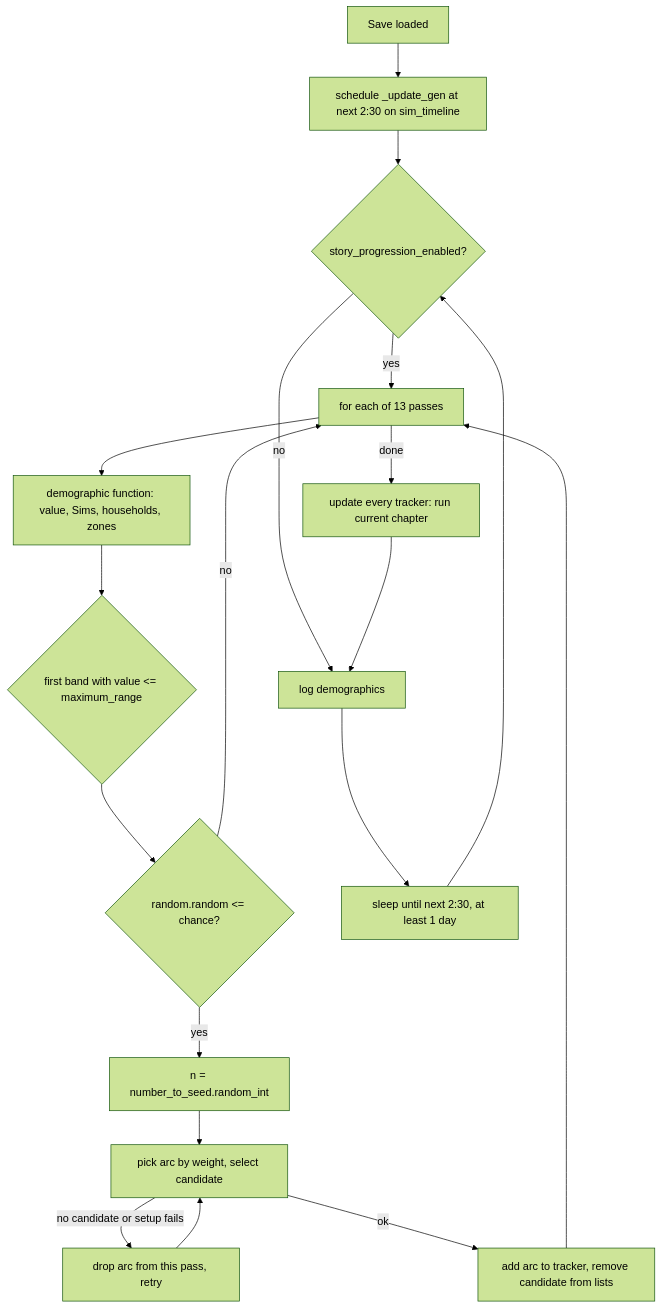
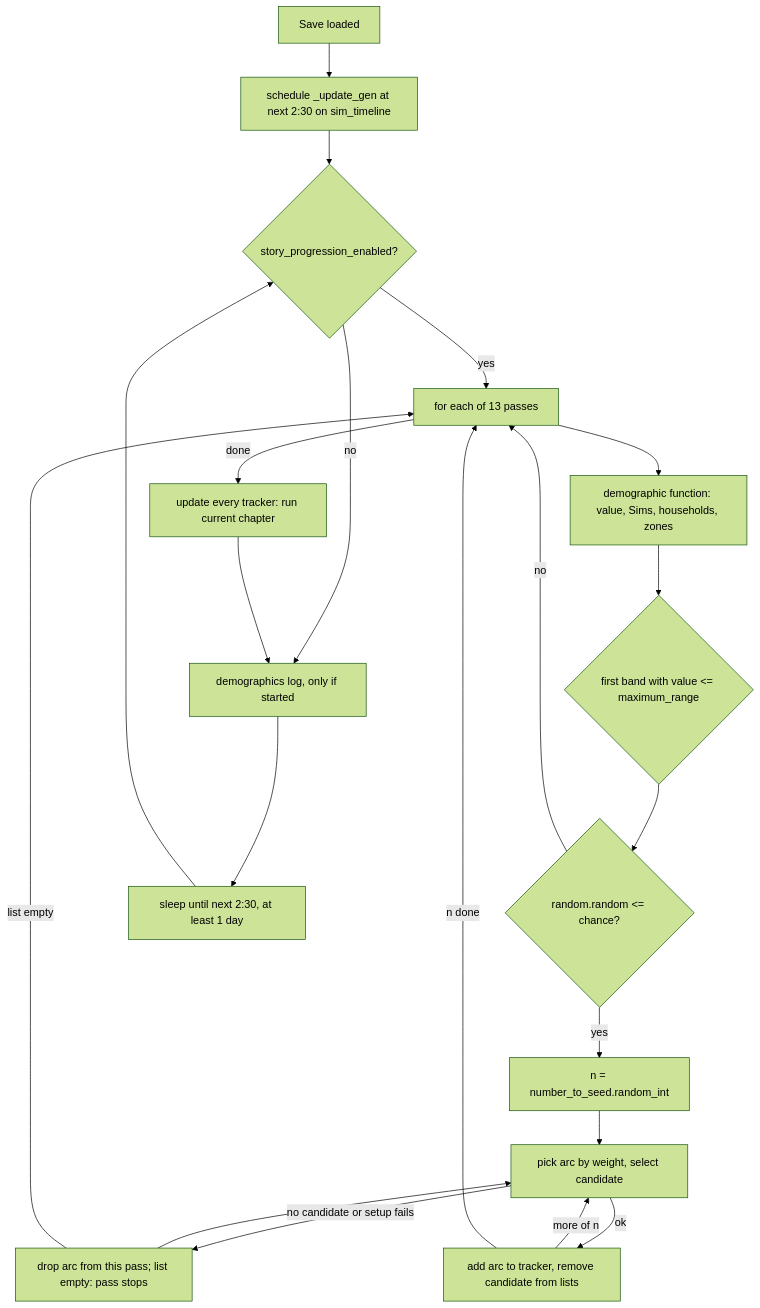
One commit to sudo-ezekiel/how-the-sims-4-works changed the first of 3 diagrams in src/4.02-story-progression-townies.md. Above: the diagram before and after it, drawn with Mermaid (forest theme). The commit also changed other lines of this file and 60 other files, not shown here.

````diff
--- a/src/4.02-story-progression-townies.md
+++ b/src/4.02-story-progression-townies.md
@@ -92,21 +96,23 @@
 ```mermaid
 flowchart TD
   A[Save loaded] --> B[schedule _update_gen at next 2:30 on sim_timeline]
   B --> C{story_progression_enabled?}
-  C -- no --> L[log demographics]
+  C -- no --> L[demographics log, only if started]
   C -- yes --> D[for each of 13 passes]
   D --> E[demographic function: value, Sims, households, zones]
   E --> F{first band with value <= maximum_range}
   F --> G{random.random <= chance?}
   G -- no --> D
   G -- yes --> H[n = number_to_seed.random_int]
   H --> I[pick arc by weight, select candidate]
-  I -- no candidate or setup fails --> J[drop arc from this pass, retry]
+  I -- no candidate or setup fails --> J[drop arc from this pass; list empty: pass stops]
   J --> I
+  J -- list empty --> D
   I -- ok --> K[add arc to tracker, remove candidate from lists]
-  K --> D
+  K -- more of n --> I
+  K -- n done --> D
   D -- done --> U[update every tracker: run current chapter]
   U --> L
   L --> S[sleep until next 2:30, at least 1 day]
   S --> C
 ```
````
